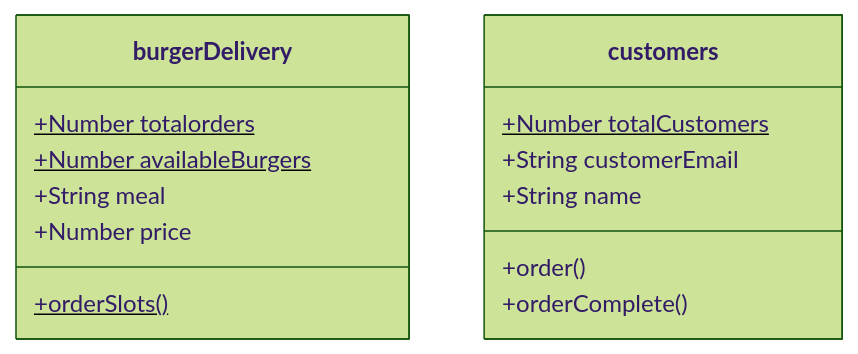
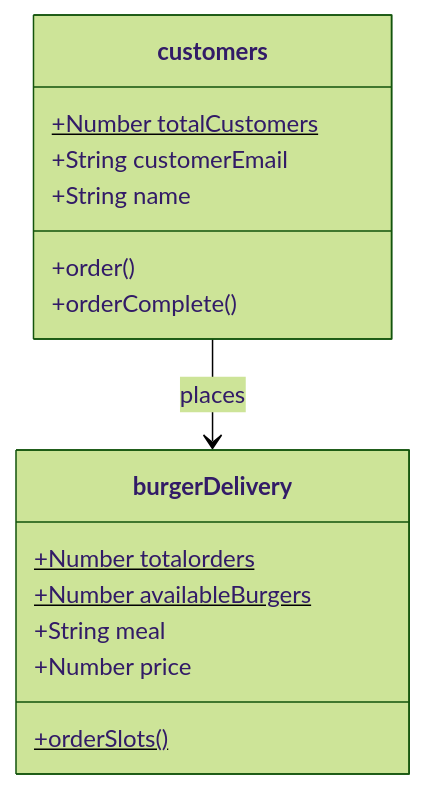
One commit to Ebitariere/learnable-task-4 changed the diagram in diagram.mmd. Above: the diagram before and after it, drawn with Mermaid (forest theme). The commit also changed 2 other files, not shown here.

Commit message:
attempt to add diagram to readme file

```diff
--- a/diagram.mmd
+++ b/diagram.mmd
@@ -1,16 +1,18 @@
 classDiagram
     class burgerDelivery {
         +Number totalorders$
         +Number availableBurgers$
         +String meal
         +Number price
         +orderSlots()$
     }
 
 class customers {
         +Number totalCustomers$
         +String customerEmail
         +String name
         +order()
         +orderComplete()
     }
+
+    customers --> burgerDelivery : places
```
